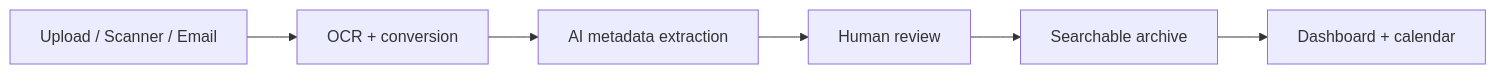
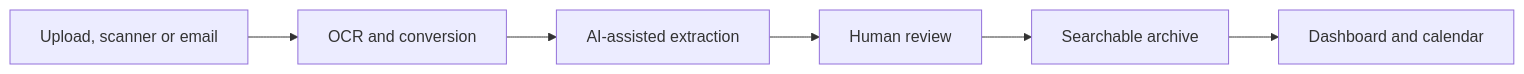
The diagram in README.md (bossert5/smart-dms), drawn with Mermaid before and after one commit. The commit also changed other lines of this file, not shown here.

````diff
--- a/README.md
+++ b/README.md
@@ -50,8 +60,8 @@
 ```mermaid
 flowchart LR
-  A[Upload / Scanner / Email] --> B[OCR + conversion]
-  B --> C[AI metadata extraction]
+  A[Upload, scanner or email] --> B[OCR and conversion]
+  B --> C[AI-assisted extraction]
   C --> D[Human review]
   D --> E[Searchable archive]
-  E --> F[Dashboard + calendar]
+  E --> F[Dashboard and calendar]
 ```
````
